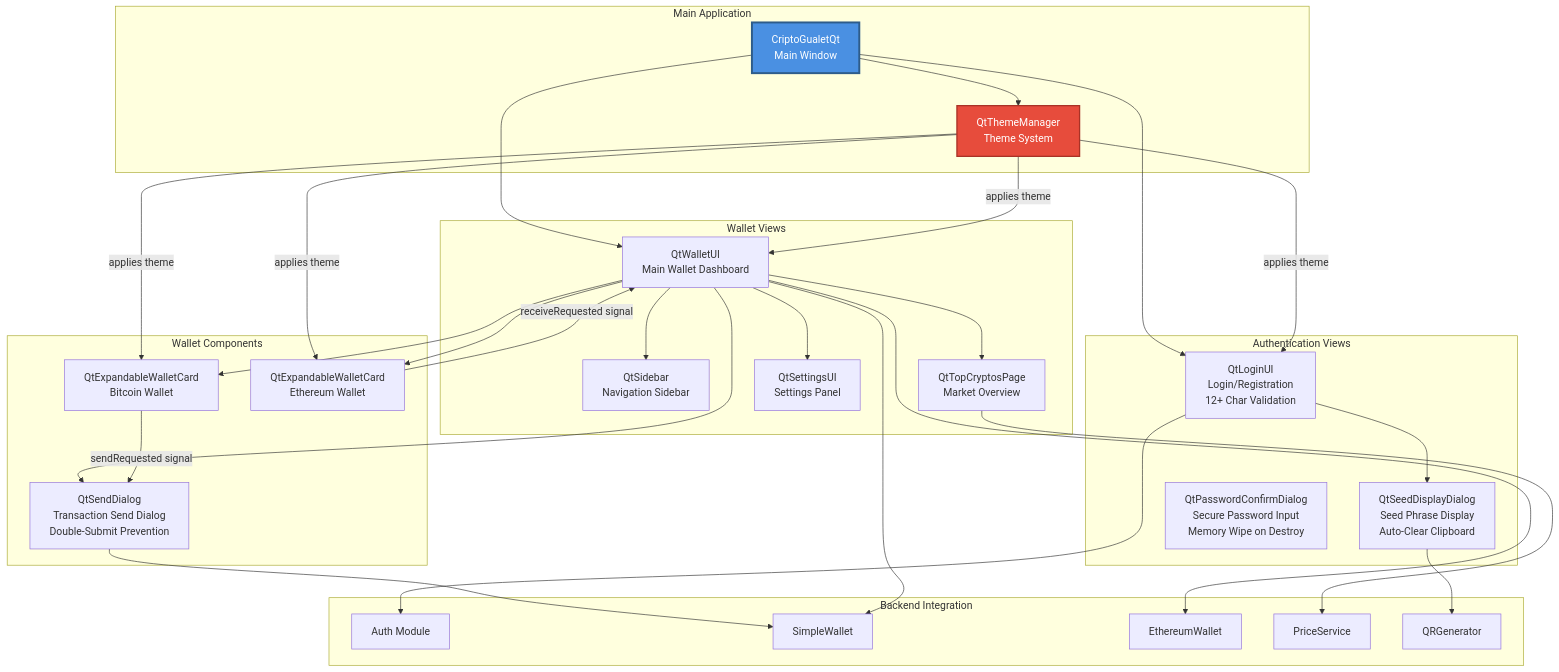
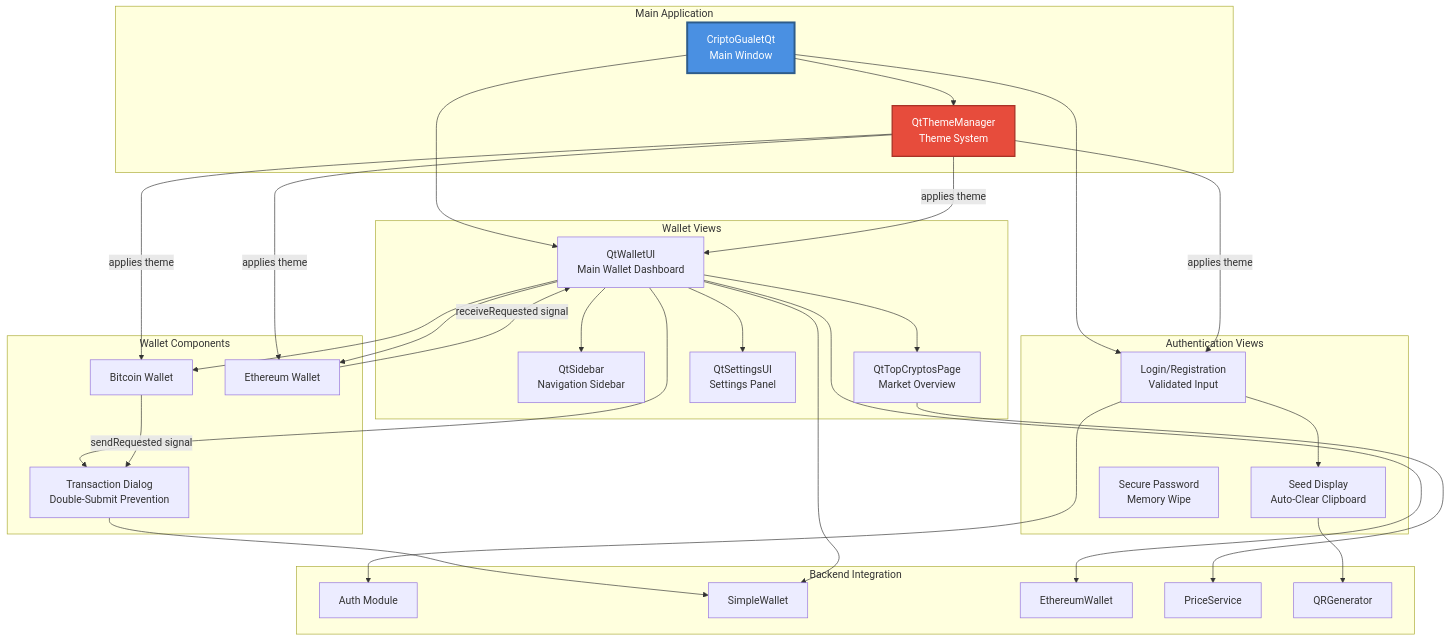
One commit to erickherrera/CriptoGualet changed the fourth of 7 diagrams in ProjectGuides/SYSTEM_ARCHITECTURE.md. Above: the diagram before and after it, drawn with Mermaid. The commit also changed other lines of this file, not shown here.

````diff
--- a/ProjectGuides/SYSTEM_ARCHITECTURE.md
+++ b/ProjectGuides/SYSTEM_ARCHITECTURE.md
@@ -257,65 +247,65 @@
 ```mermaid
 graph TB
     subgraph "Main Application"
         CriptoGualetQt[CriptoGualetQt<br/>Main Window]
         ThemeManager[QtThemeManager<br/>Theme System]
     end
 
     subgraph "Authentication Views"
-        QtLoginUI[QtLoginUI<br/>Login/Registration<br/>12+ Char Validation]
-        SeedDialog[QtSeedDisplayDialog<br/>Seed Phrase Display<br/>Auto-Clear Clipboard]
-        PasswordDialog[QtPasswordConfirmDialog<br/>Secure Password Input<br/>Memory Wipe on Destroy]
+        QtLoginUI[Login/Registration<br/>Validated Input]
+        SeedDialog[Seed Display<br/>Auto-Clear Clipboard]
+        PasswordDialog[Secure Password<br/>Memory Wipe]
     end
 
     subgraph "Wallet Views"
         QtWalletUI[QtWalletUI<br/>Main Wallet Dashboard]
         QtSidebar[QtSidebar<br/>Navigation Sidebar]
         QtTopCryptos[QtTopCryptosPage<br/>Market Overview]
         QtSettings[QtSettingsUI<br/>Settings Panel]
     end
 
     subgraph "Wallet Components"
-        BTCCard[QtExpandableWalletCard<br/>Bitcoin Wallet]
-        ETHCard[QtExpandableWalletCard<br/>Ethereum Wallet]
-        SendDialog[QtSendDialog<br/>Transaction Send Dialog<br/>Double-Submit Prevention]
+        BTCCard[Bitcoin Wallet]
+        ETHCard[Ethereum Wallet]
+        SendDialog[Transaction Dialog<br/>Double-Submit Prevention]
     end
 
     subgraph "Backend Integration"
         Auth[Auth Module]
         SimpleWallet[SimpleWallet]
         EthereumWallet[EthereumWallet]
         PriceService[PriceService]
         QRGenerator[QRGenerator]
     end
 
     CriptoGualetQt --> QtLoginUI
     CriptoGualetQt --> QtWalletUI
     CriptoGualetQt --> ThemeManager
 
     QtLoginUI --> SeedDialog
     QtLoginUI --> Auth
 
     QtWalletUI --> QtSidebar
     QtWalletUI --> QtTopCryptos
     QtWalletUI --> QtSettings
     QtWalletUI --> BTCCard
     QtWalletUI --> ETHCard
     QtWalletUI --> SendDialog
 
     BTCCard -->|sendRequested signal| SendDialog
     ETHCard -->|receiveRequested signal| QtWalletUI
 
     SendDialog --> SimpleWallet
     QtWalletUI --> SimpleWallet
     QtWalletUI --> EthereumWallet
     QtTopCryptos --> PriceService
     SeedDialog --> QRGenerator
 
     ThemeManager -->|applies theme| QtLoginUI
     ThemeManager -->|applies theme| QtWalletUI
     ThemeManager -->|applies theme| BTCCard
     ThemeManager -->|applies theme| ETHCard
 
     style CriptoGualetQt fill:#4A90E2,stroke:#2E5C8A,stroke-width:3px,color:#fff
     style ThemeManager fill:#E74C3C,stroke:#A93226,stroke-width:2px,color:#fff
 ```
````
